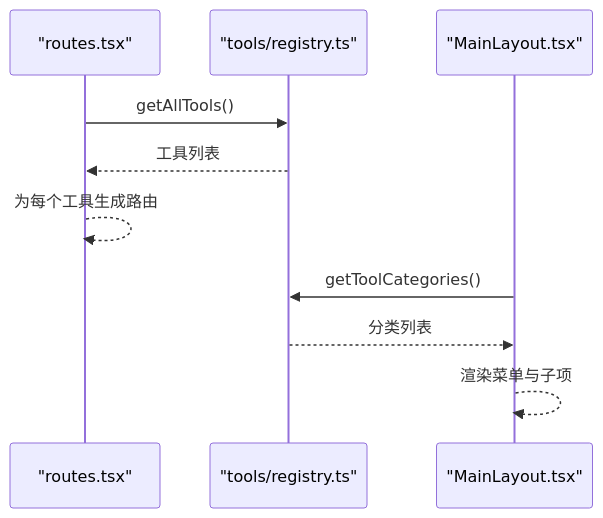
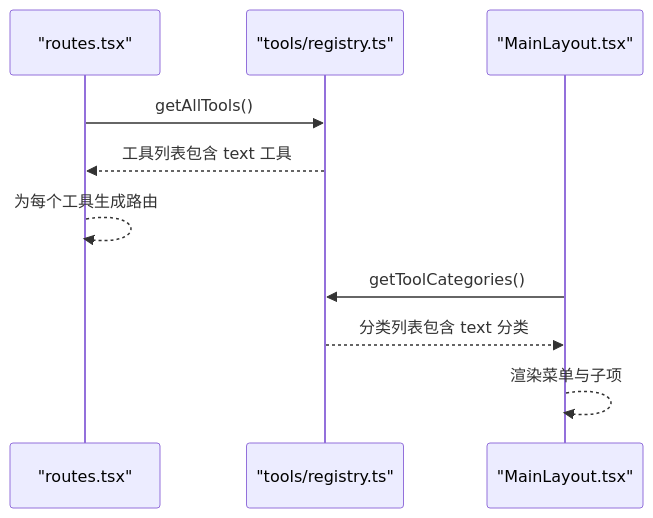
The eighth of 9 diagrams in .qoder/repowiki/zh/content/工具系统.md (xkdaq/XKUtil), drawn with Mermaid before and after one commit. The commit also changed other lines of this file and 81 other files, not shown here.

````diff
--- a/.qoder/repowiki/zh/content/工具系统.md
+++ b/.qoder/repowiki/zh/content/工具系统.md
@@ -282,12 +349,12 @@
 ```mermaid
 sequenceDiagram
 participant Routes as "routes.tsx"
 participant Registry as "tools/registry.ts"
 participant Layout as "MainLayout.tsx"
 Routes->>Registry : getAllTools()
-Registry-->>Routes : 工具列表
+Registry-->>Routes : 工具列表包含 text 工具
 Routes-->>Routes : 为每个工具生成路由
 Layout->>Registry : getToolCategories()
-Registry-->>Layout : 分类列表
+Registry-->>Layout : 分类列表包含 text 分类
 Layout-->>Layout : 渲染菜单与子项
 ```
````
